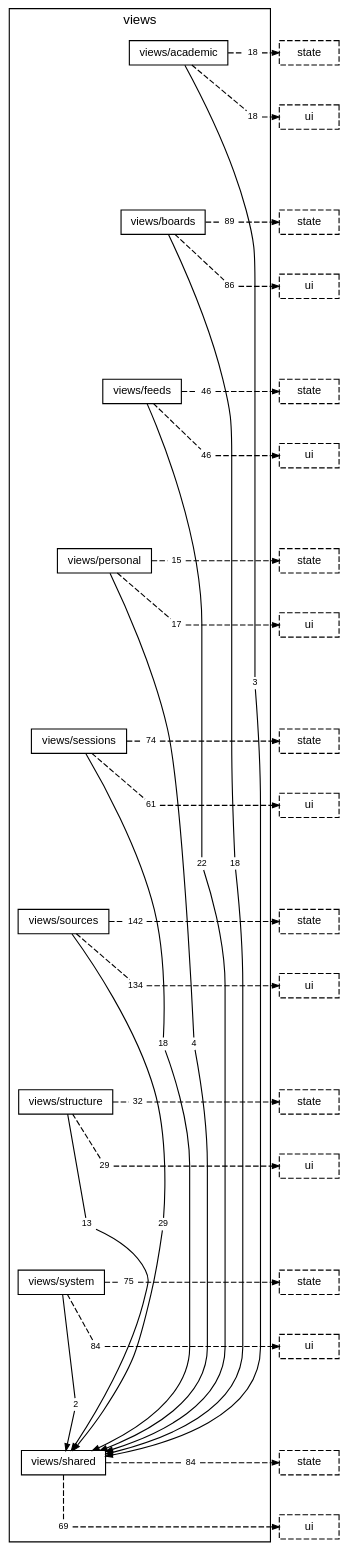
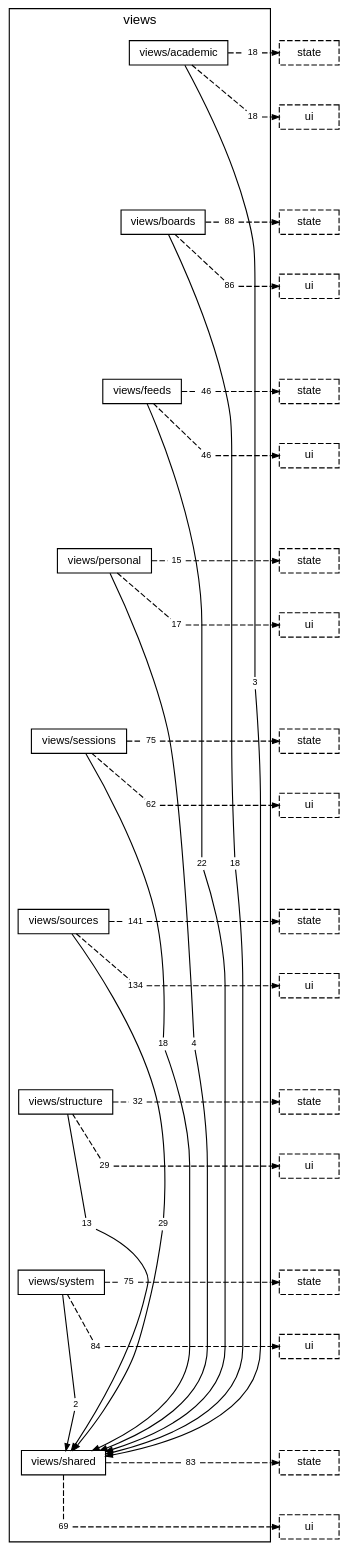
The diagram in docs/diagrams/layer-views.dot (TheAxeC/oculus), drawn with Graphviz before and after one commit. The commit also changed 58 other files, not shown here.

```diff
--- a/docs/diagrams/layer-views.dot
+++ b/docs/diagrams/layer-views.dot
@@ -17,7 +17,7 @@
         "folder views/academic to layer state" [label="18", shape=box, color="transparent", fontsize=8, width=0, height=0, margin="0.04,0.02"];
         "folder views/academic to layer ui" [label="18", shape=box, color="transparent", fontsize=8, width=0, height=0, margin="0.04,0.02"];
         "folder views/boards to folder views/shared" [label="18", shape=box, color="transparent", fontsize=8, width=0, height=0, margin="0.04,0.02"];
-        "folder views/boards to layer state" [label="89", shape=box, color="transparent", fontsize=8, width=0, height=0, margin="0.04,0.02"];
+        "folder views/boards to layer state" [label="88", shape=box, color="transparent", fontsize=8, width=0, height=0, margin="0.04,0.02"];
         "folder views/boards to layer ui" [label="86", shape=box, color="transparent", fontsize=8, width=0, height=0, margin="0.04,0.02"];
         "folder views/feeds to folder views/shared" [label="22", shape=box, color="transparent", fontsize=8, width=0, height=0, margin="0.04,0.02"];
         "folder views/feeds to layer state" [label="46", shape=box, color="transparent", fontsize=8, width=0, height=0, margin="0.04,0.02"];
@@ -26,10 +26,10 @@
         "folder views/personal to layer state" [label="15", shape=box, color="transparent", fontsize=8, width=0, height=0, margin="0.04,0.02"];
         "folder views/personal to layer ui" [label="17", shape=box, color="transparent", fontsize=8, width=0, height=0, margin="0.04,0.02"];
         "folder views/sessions to folder views/shared" [label="18", shape=box, color="transparent", fontsize=8, width=0, height=0, margin="0.04,0.02"];
-        "folder views/sessions to layer state" [label="74", shape=box, color="transparent", fontsize=8, width=0, height=0, margin="0.04,0.02"];
-        "folder views/sessions to layer ui" [label="61", shape=box, color="transparent", fontsize=8, width=0, height=0, margin="0.04,0.02"];
+        "folder views/sessions to layer state" [label="75", shape=box, color="transparent", fontsize=8, width=0, height=0, margin="0.04,0.02"];
+        "folder views/sessions to layer ui" [label="62", shape=box, color="transparent", fontsize=8, width=0, height=0, margin="0.04,0.02"];
         "folder views/sources to folder views/shared" [label="29", shape=box, color="transparent", fontsize=8, width=0, height=0, margin="0.04,0.02"];
-        "folder views/sources to layer state" [label="142", shape=box, color="transparent", fontsize=8, width=0, height=0, margin="0.04,0.02"];
+        "folder views/sources to layer state" [label="141", shape=box, color="transparent", fontsize=8, width=0, height=0, margin="0.04,0.02"];
         "folder views/sources to layer ui" [label="134", shape=box, color="transparent", fontsize=8, width=0, height=0, margin="0.04,0.02"];
         "folder views/structure to folder views/shared" [label="13", shape=box, color="transparent", fontsize=8, width=0, height=0, margin="0.04,0.02"];
         "folder views/structure to layer state" [label="32", shape=box, color="transparent", fontsize=8, width=0, height=0, margin="0.04,0.02"];
@@ -37,7 +37,7 @@
         "folder views/system to folder views/shared" [label="2", shape=box, color="transparent", fontsize=8, width=0, height=0, margin="0.04,0.02"];
         "folder views/system to layer state" [label="75", shape=box, color="transparent", fontsize=8, width=0, height=0, margin="0.04,0.02"];
         "folder views/system to layer ui" [label="84", shape=box, color="transparent", fontsize=8, width=0, height=0, margin="0.04,0.02"];
-        "folder views/shared to layer state" [label="84", shape=box, color="transparent", fontsize=8, width=0, height=0, margin="0.04,0.02"];
+        "folder views/shared to layer state" [label="83", shape=box, color="transparent", fontsize=8, width=0, height=0, margin="0.04,0.02"];
         "folder views/shared to layer ui" [label="69", shape=box, color="transparent", fontsize=8, width=0, height=0, margin="0.04,0.02"];
     }
     "layer state from folder views/academic" [label="state", style=dashed];
```
